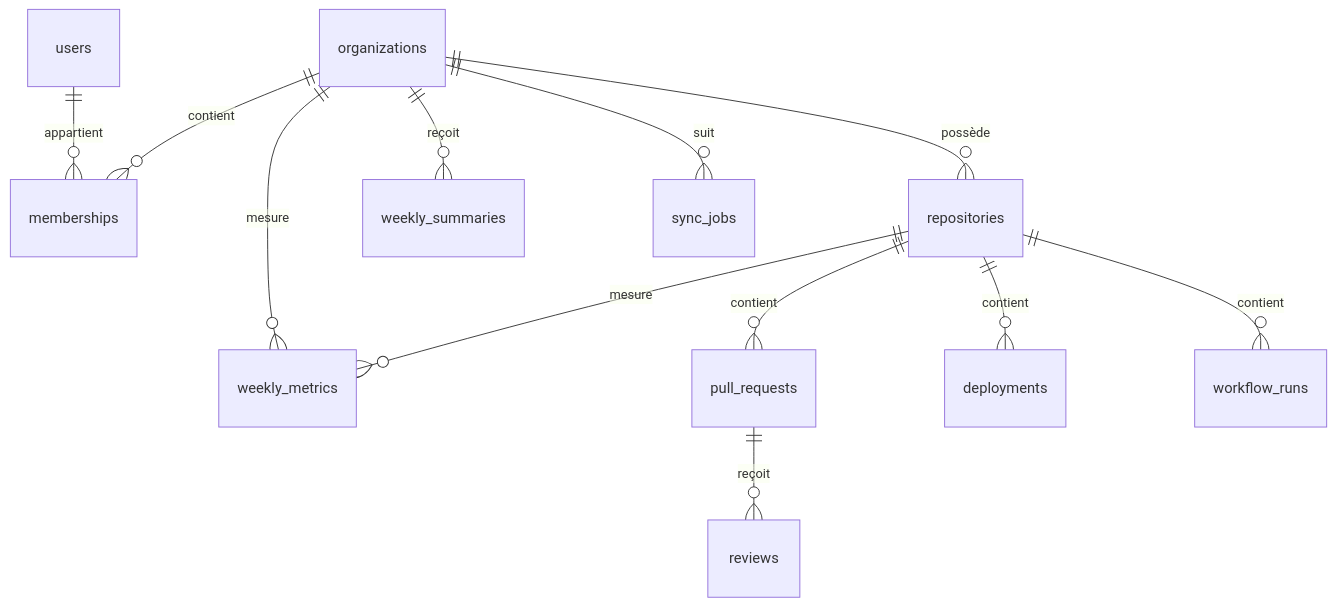
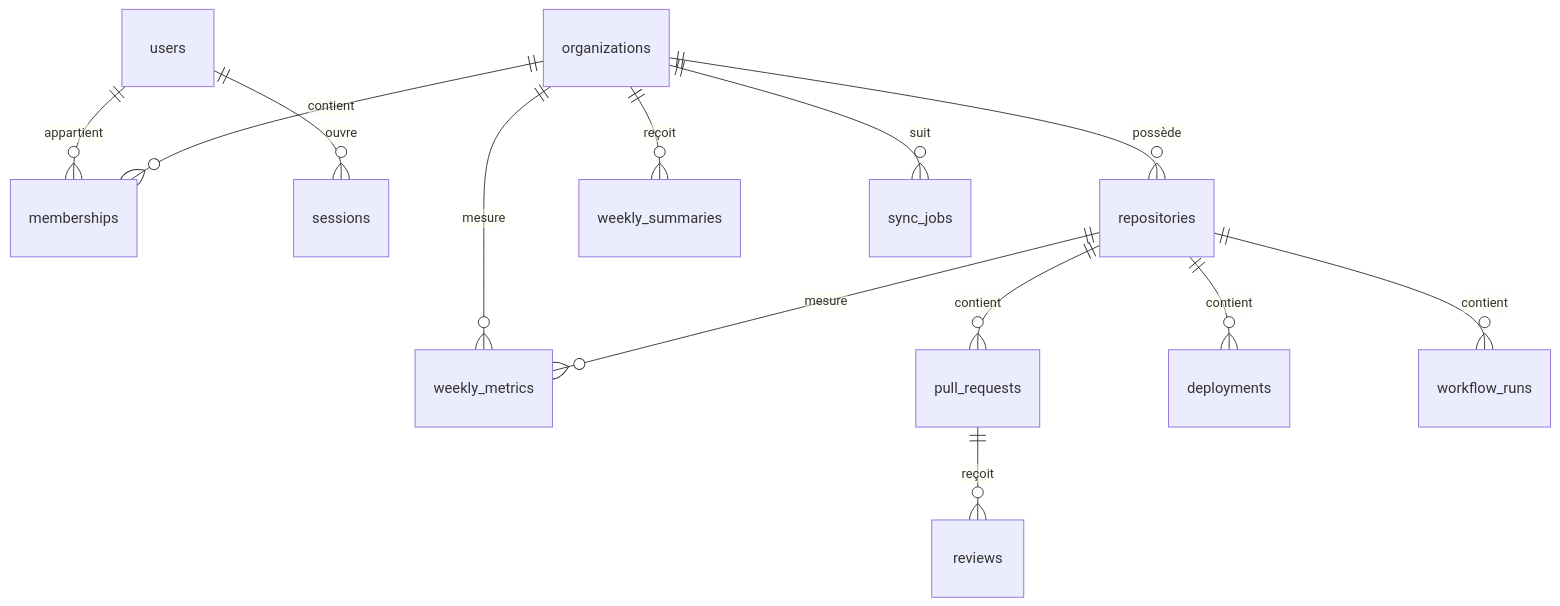
The diagram in docs/05-DATABASE.md (kuami-labs/xcadence), drawn with Mermaid before and after one commit. The commit also changed other lines of this file and 28 other files, not shown here.

````diff
--- a/docs/05-DATABASE.md
+++ b/docs/05-DATABASE.md
@@ -22,14 +23,15 @@
 ```mermaid
 erDiagram
     users ||--o{ memberships : "appartient"
+    users ||--o{ sessions : "ouvre"
     organizations ||--o{ memberships : "contient"
     organizations ||--o{ repositories : "possède"
     organizations ||--o{ weekly_summaries : "reçoit"
     organizations ||--o{ sync_jobs : "suit"
     organizations ||--o{ weekly_metrics : "mesure"
     repositories ||--o{ pull_requests : "contient"
     repositories ||--o{ deployments : "contient"
     repositories ||--o{ workflow_runs : "contient"
     repositories ||--o{ weekly_metrics : "mesure"
     pull_requests ||--o{ reviews : "reçoit"
 ```
````
